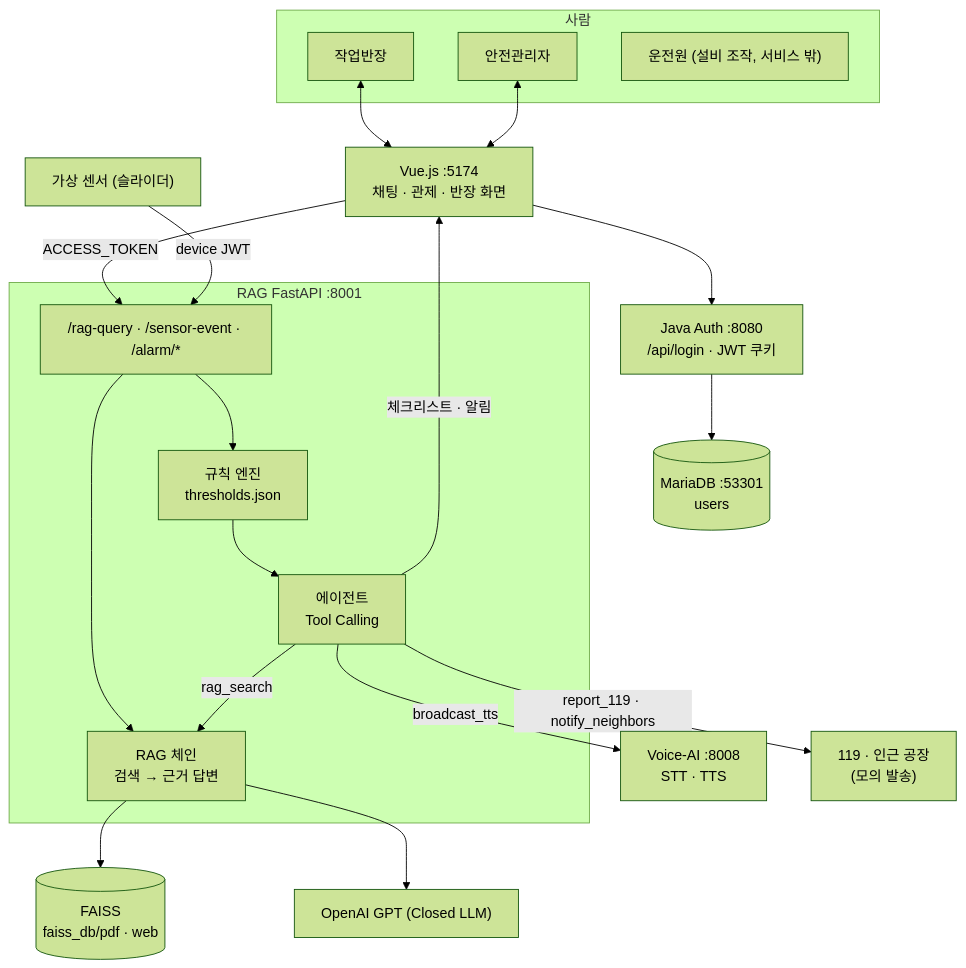
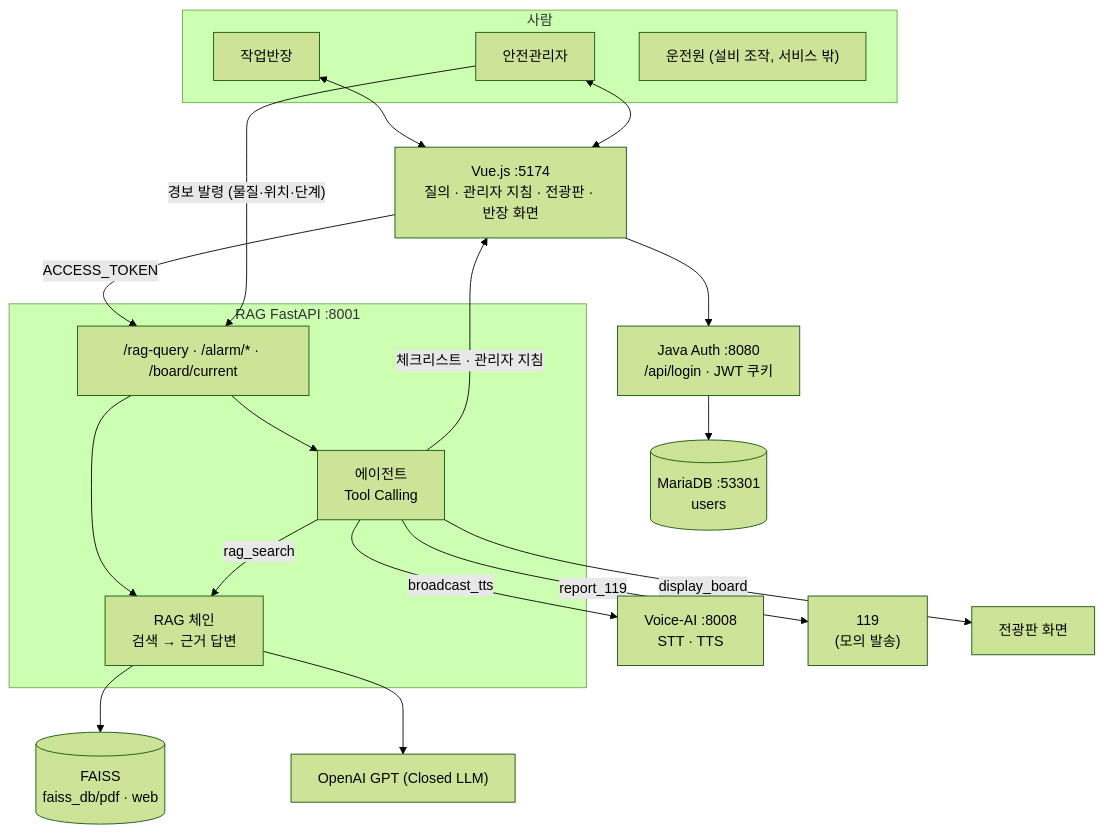
One commit to ForSKALA/HeartSignal changed the diagram in docs/HeartSignal-Plan.md. Above: the diagram before and after it, drawn with Mermaid (forest theme). The commit also changed other lines of this file, not shown here.

Commit message:
[docs] 기획서: 가상 센서·규칙 엔진 제거, 전광판·관리자 지침 추가

````diff
--- a/docs/HeartSignal-Plan.md
+++ b/docs/HeartSignal-Plan.md
@@ -128,34 +131,34 @@
 ```mermaid
 flowchart TB
     subgraph People["사람"]
       FM["작업반장"]
       ADM["안전관리자"]
       OP["운전원 (설비 조작, 서비스 밖)"]
     end
-    SENSOR["가상 센서 (슬라이더)"]
-    VUE["Vue.js :5174<br/>채팅 · 관제 · 반장 화면"]
+    VUE["Vue.js :5174<br/>질의 · 관리자 지침 · 전광판 · 반장 화면"]
     AUTH["Java Auth :8080<br/>/api/login · JWT 쿠키"]
     subgraph RAGSVC["RAG FastAPI :8001"]
-      API["/rag-query · /sensor-event · /alarm/*"]
-      RULE["규칙 엔진<br/>thresholds.json"]
+      API["/rag-query · /alarm/* · /board/current"]
       AGENT["에이전트<br/>Tool Calling"]
       CHAIN["RAG 체인<br/>검색 → 근거 답변"]
     end
     VOICE["Voice-AI :8008<br/>STT · TTS"]
     DB[("MariaDB :53301<br/>users")]
     FAISS[("FAISS<br/>faiss_db/pdf · web")]
     LLM["OpenAI GPT (Closed LLM)"]
-    EXT["119 · 인근 공장<br/>(모의 발송)"]
+    EXT["119<br/>(모의 발송)"]
+    BOARD["전광판 화면"]
 
     FM & ADM <--> VUE
     VUE --> AUTH --> DB
     VUE -->|"ACCESS_TOKEN"| API
-    SENSOR -->|"device JWT"| API
-    API --> RULE --> AGENT
+    ADM -->|"경보 발령 (물질·위치·단계)"| API
+    API --> AGENT
     API --> CHAIN --> FAISS
     CHAIN --> LLM
     AGENT -->|"rag_search"| CHAIN
     AGENT -->|"broadcast_tts"| VOICE
-    AGENT -->|"report_119 · notify_neighbors"| EXT
-    AGENT -->|"체크리스트 · 알림"| VUE
+    AGENT -->|"report_119"| EXT
+    AGENT -->|"display_board"| BOARD
+    AGENT -->|"체크리스트 · 관리자 지침"| VUE
 ```
````
